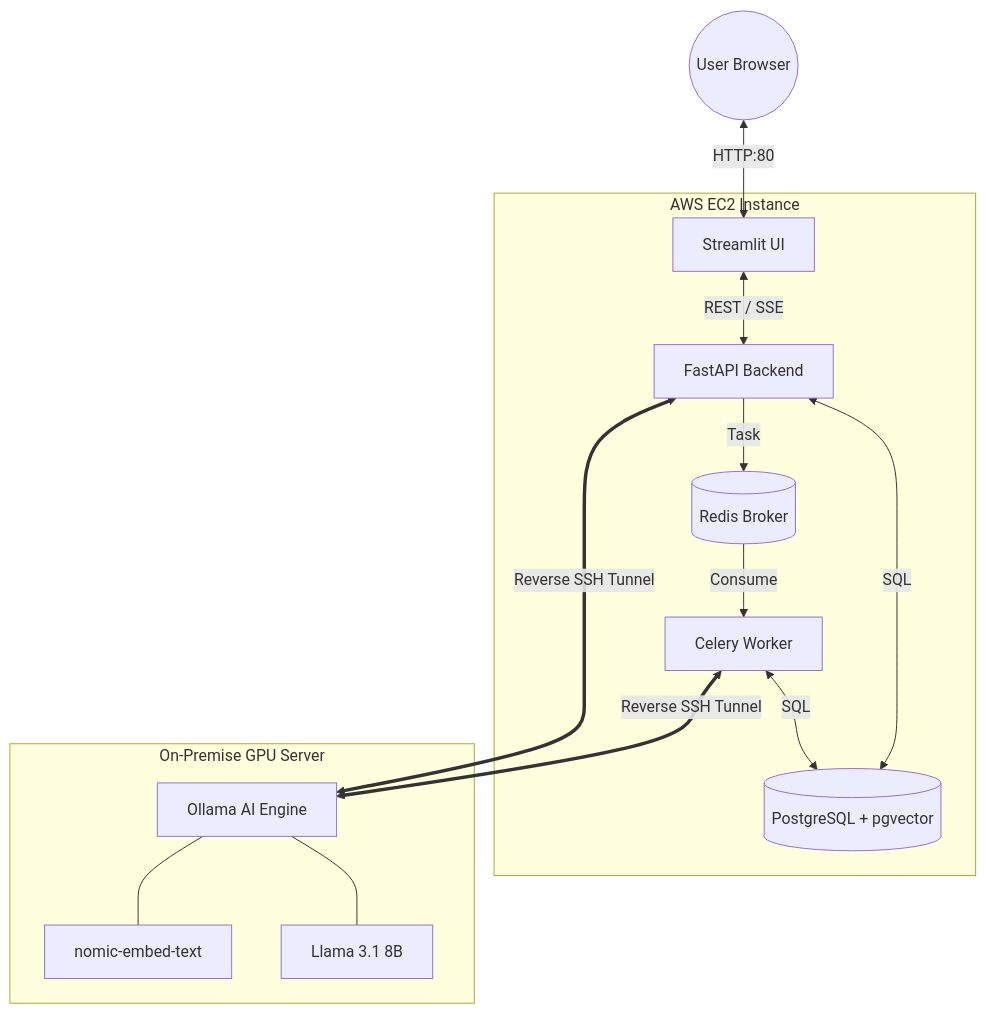
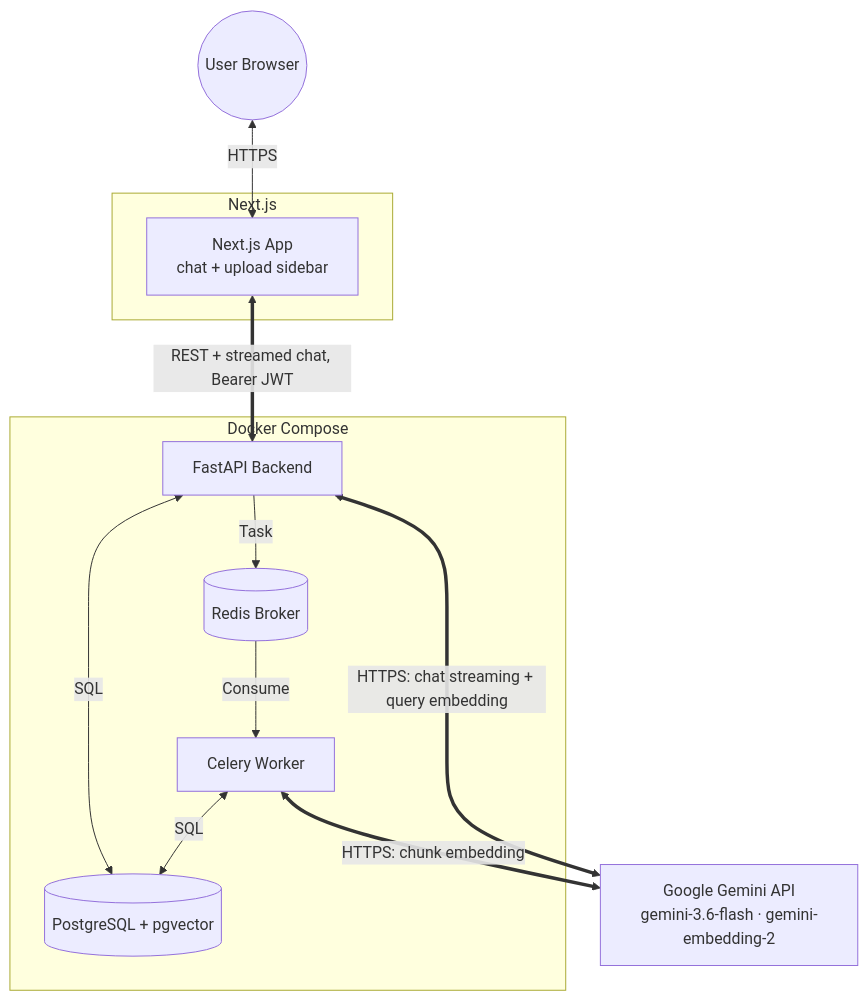
The diagram in README.md (AdityaKishore0698/DocuMind), drawn with Mermaid before and after one commit. The commit also changed other lines of this file and 60 other files, not shown here.

Commit message:
chore: prep hybrid cloud deployment with separate api/worker containers and managed DBs

````diff
--- a/README.md
+++ b/README.md
@@ -21,29 +55,27 @@
 ```mermaid
 graph TD
-    subgraph AWS Cloud [AWS EC2 Instance]
-        UI[Streamlit UI]
+    User((User Browser))
+
+    subgraph Next.js
+        FE[Next.js App<br/>chat + upload sidebar]
+    end
+
+    subgraph Docker Compose
         API[FastAPI Backend]
         Worker[Celery Worker]
         DB[(PostgreSQL + pgvector)]
         Redis[(Redis Broker)]
-        
-        UI <-->|REST / SSE| API
+
         API <-->|SQL| DB
         API -->|Task| Redis
         Redis -->|Consume| Worker
         Worker <-->|SQL| DB
     end
 
-    subgraph Lab Network [On-Premise GPU Server]
-        Ollama[Ollama AI Engine]
-        Llama[Llama 3.1 8B]
-        Embed[nomic-embed-text]
-        Ollama --- Llama
-        Ollama --- Embed
-    end
-    
-    API <==>|Reverse SSH Tunnel| Ollama
-    Worker <==>|Reverse SSH Tunnel| Ollama
-    
-    User((User Browser)) <-->|HTTP:80| UI
+    Gemini[Google Gemini API<br/>gemini-3.6-flash · gemini-embedding-2]
+
+    User <-->|HTTPS| FE
+    FE <==>|REST + streamed chat, Bearer JWT| API
+    API <==>|HTTPS: chat streaming + query embedding| Gemini
+    Worker <==>|HTTPS: chunk embedding| Gemini
 ```
````
